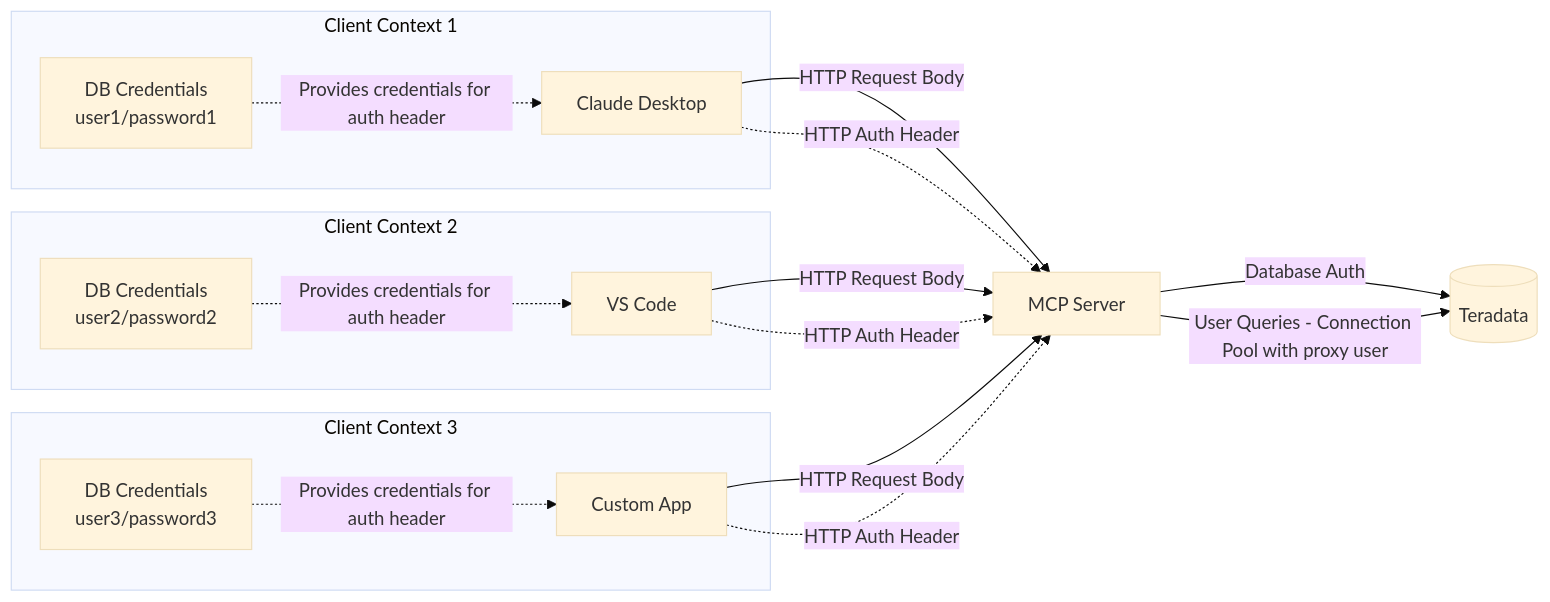
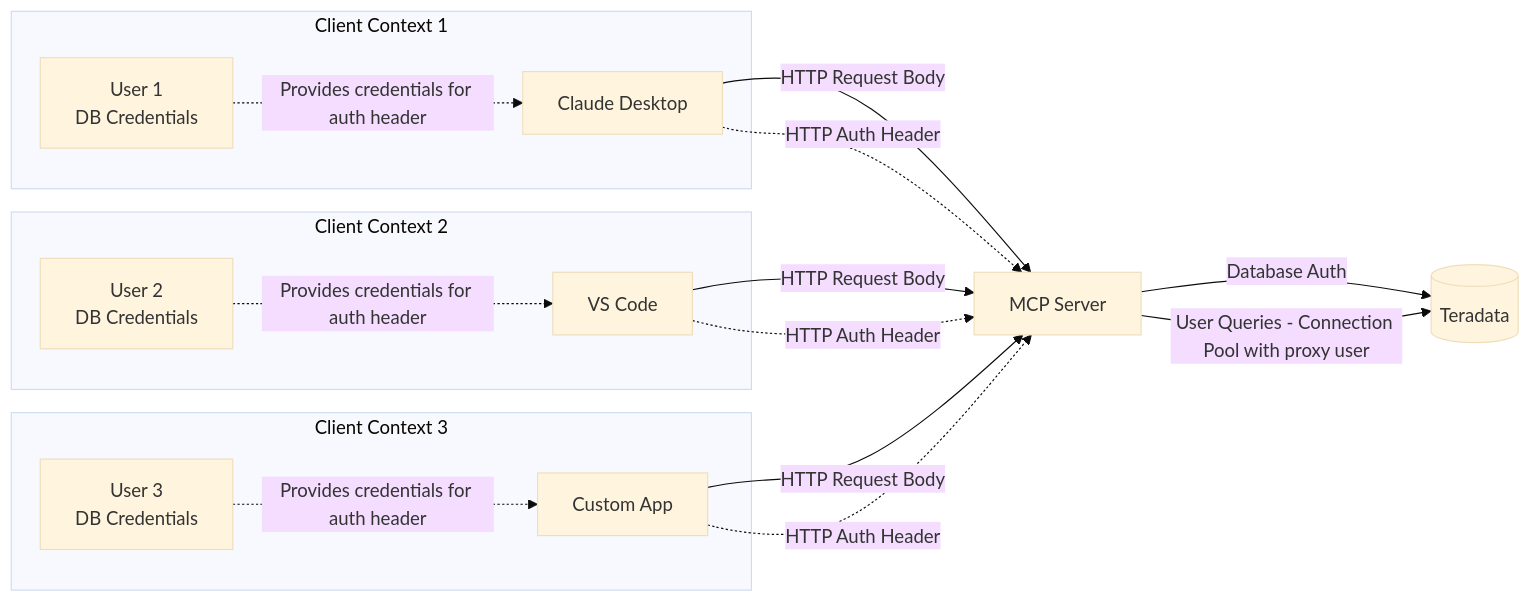
Before and after one commit to Teradata/teradata-mcp-server: the third of 5 diagrams in docs/server_guide/ARCHITECTURE.md, drawn with Mermaid (base theme). The commit also changed other lines of this file, not shown here.

Commit message:
updated architecture diagrams

````diff
--- a/docs/server_guide/ARCHITECTURE.md
+++ b/docs/server_guide/ARCHITECTURE.md
@@ -108,31 +108,31 @@
 ```mermaid
 flowchart LR
     subgraph "Client Context 1"
         A[Claude Desktop]
-        A1[DB Credentials<br/>user1/password1]
+        A1[User 1<br/>DB Credentials]
     end
     
     subgraph "Client Context 2"
         B[VS Code]
-        B1[DB Credentials<br/>user2/password2]
+        B1[User 2<br/>DB Credentials]
     end
     
     subgraph "Client Context 3"
         E[Custom App]
-        E1[DB Credentials<br/>user3/password3]
+        E1[User 3<br/>DB Credentials]
     end
     
     A -->|HTTP Request Body| D[MCP Server]
     A -.->|HTTP Auth Header| D
     B -->|HTTP Request Body| D
     B -.->|HTTP Auth Header| D
     E -->|HTTP Request Body| D
     E -.->|HTTP Auth Header| D
     
     D -->|Database Auth| G[(Teradata)]
     D -->|User Queries - Connection Pool with proxy user| G
     
     A1 -.->|Provides credentials for auth header| A
     B1 -.->|Provides credentials for auth header| B
     E1 -.->|Provides credentials for auth header| E
 ```
````
